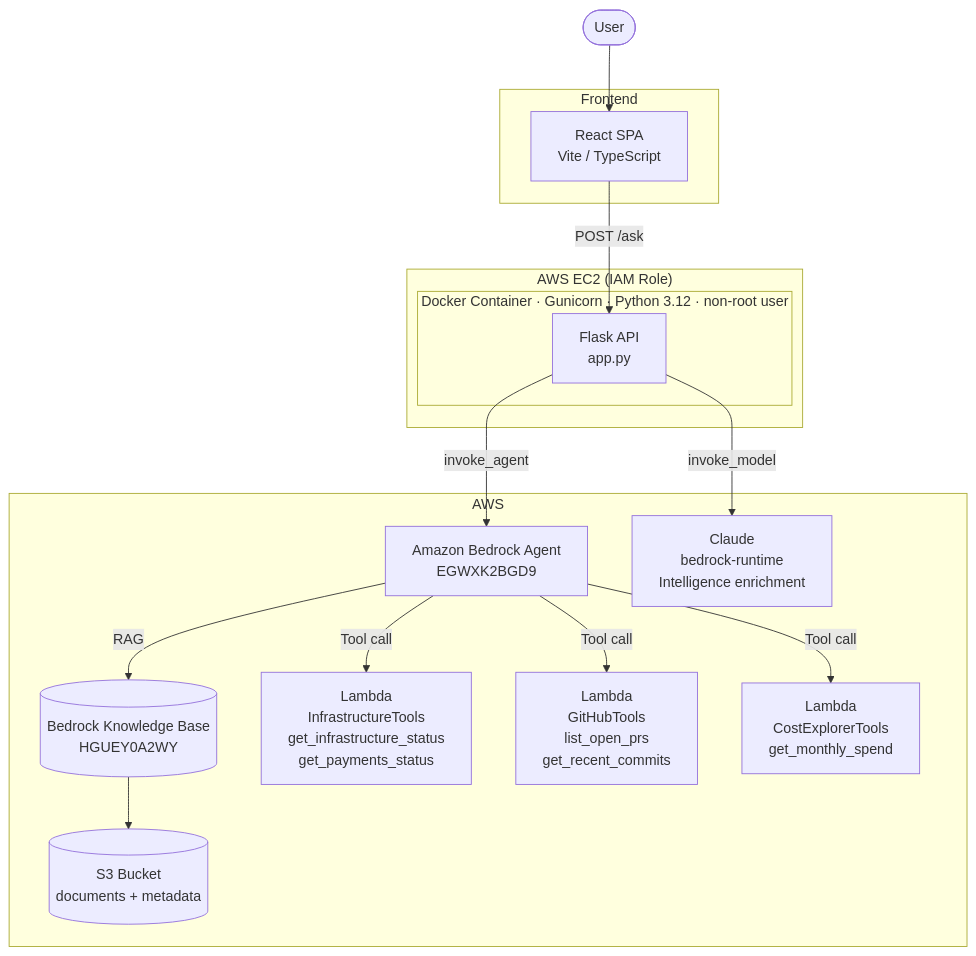
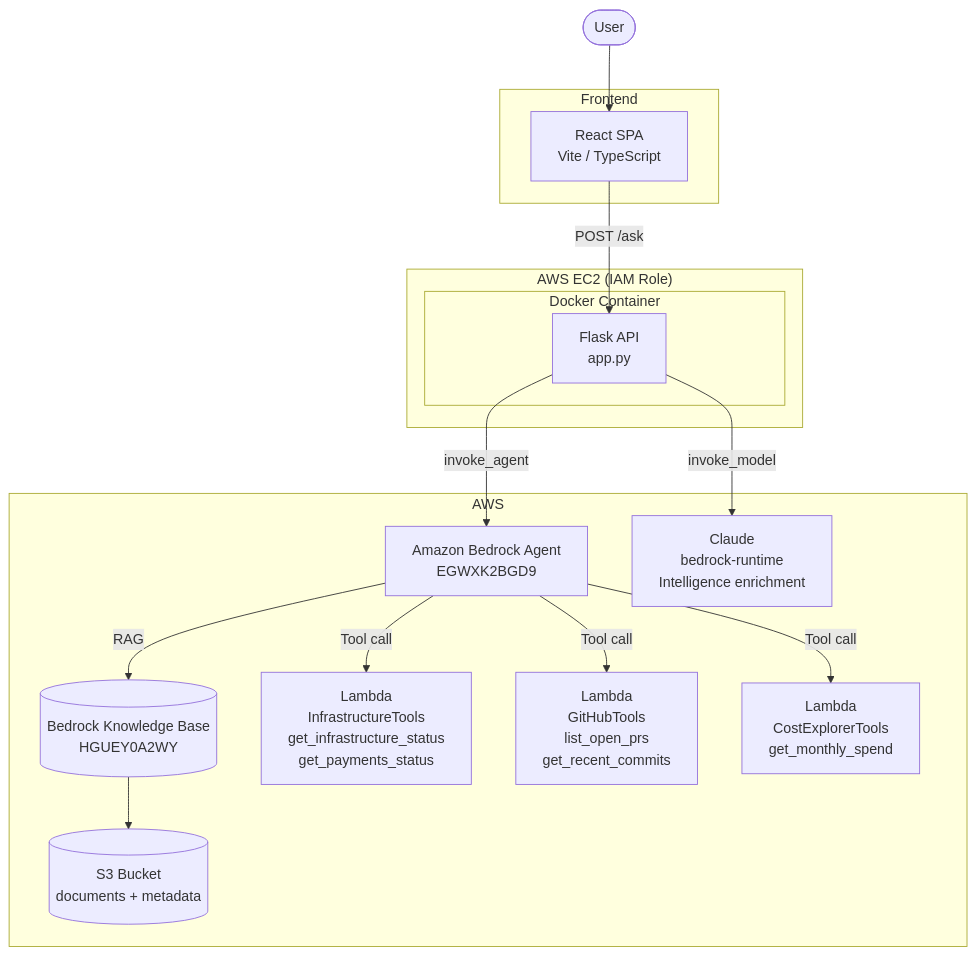
Before and after one commit to danhas1/ai-engineering-memory: the diagram in README.md, drawn with Mermaid.

Commit message:
Update architecture documentation

````diff
--- a/README.md
+++ b/README.md
@@ -24,35 +24,35 @@
 ```mermaid
 flowchart TD
     User([User]) --> FE[React SPA\nVite / TypeScript]
     FE -->|POST /ask| BE[Flask API\napp.py]
     BE -->|invoke_agent| Agent[Amazon Bedrock Agent\nEGWXK2BGD9]
 
     Agent -->|RAG| KB[(Bedrock Knowledge Base\nHGUEY0A2WY)]
     KB --> S3[(S3 Bucket\ndocuments + metadata)]
 
     Agent -->|Tool call| LambdaInfra[Lambda\nInfrastructureTools\nget_infrastructure_status\nget_payments_status]
     Agent -->|Tool call| LambdaGH[Lambda\nGitHubTools\nlist_open_prs\nget_recent_commits]
     Agent -->|Tool call| LambdaCost[Lambda\nCostExplorerTools\nget_monthly_spend]
 
     BE -->|invoke_model| Claude[Claude\nbedrock-runtime\nIntelligence enrichment]
 
     subgraph Frontend
         FE
     end
 
     subgraph EC2["AWS EC2 (IAM Role)"]
-        subgraph Docker["Docker Container · Gunicorn · Python 3.12 · non-root user"]
+        subgraph Docker["Docker Container"]
             BE
         end
     end
 
     subgraph AWS
         Agent
         KB
         S3
         LambdaInfra
         LambdaGH
         LambdaCost
         Claude
     end
 ```
````
